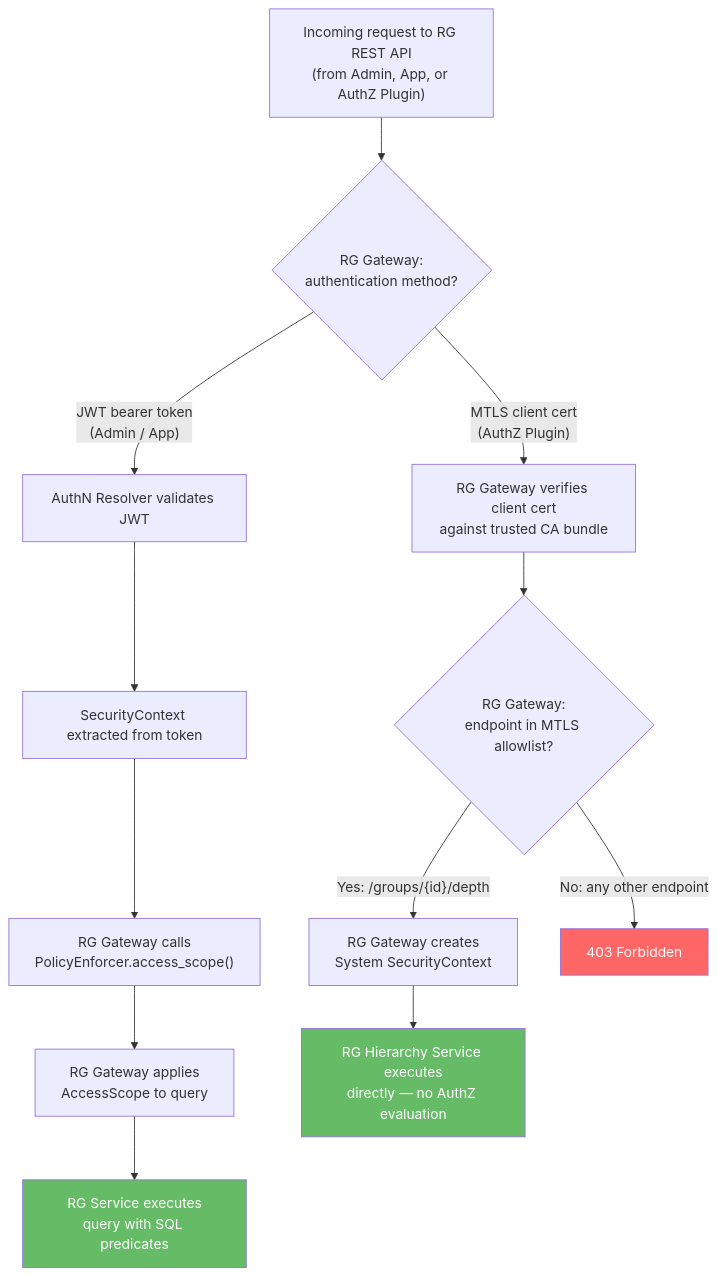
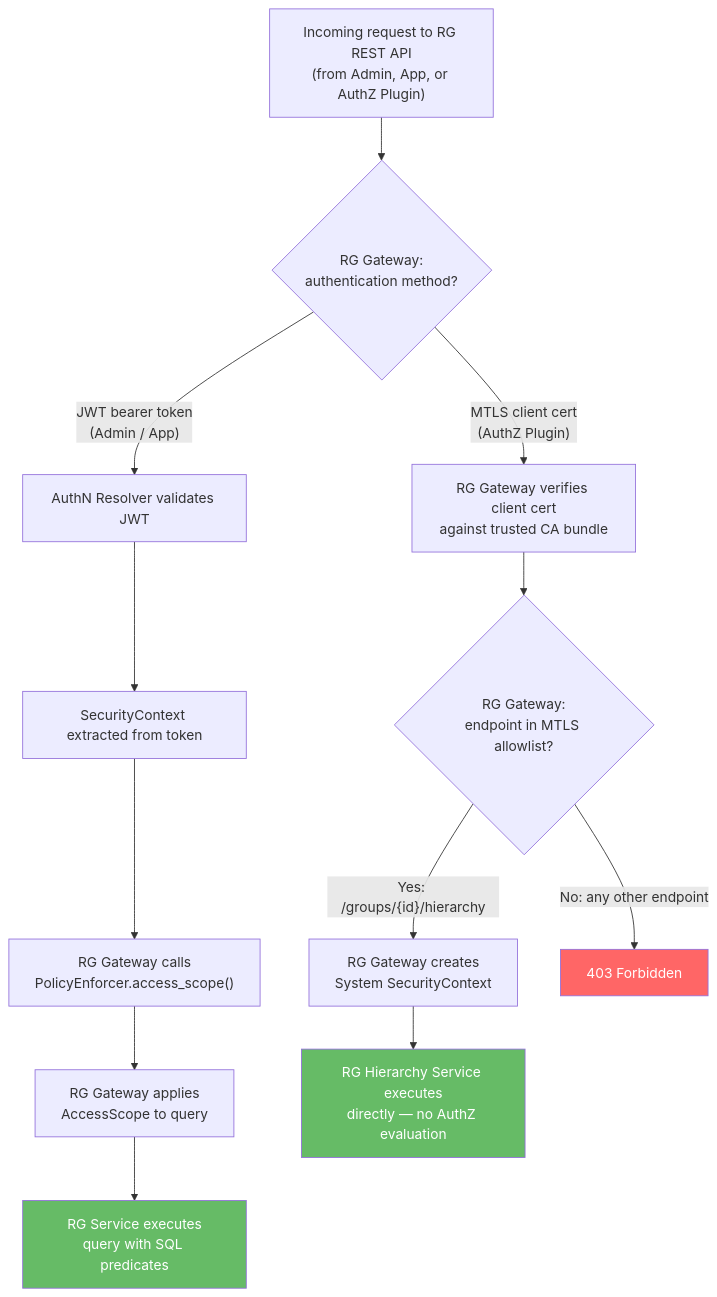
One commit to ffedoroff/cyberfabric-core changed the sixth of 8 diagrams in modules/system/resource-group/docs/DESIGN.md. Above: the diagram before and after it, drawn with Mermaid. The commit also changed other lines of this file and 2 other files, not shown here.

Commit message:
hierarchy

````diff
--- a/modules/system/resource-group/docs/DESIGN.md
+++ b/modules/system/resource-group/docs/DESIGN.md
@@ -1105,20 +1105,20 @@
 ```mermaid
 flowchart TD
     REQ["Incoming request to RG REST API<br/>(from Admin, App, or AuthZ Plugin)"] --> AUTH_CHECK{RG Gateway:<br/>authentication method?}
 
     AUTH_CHECK -->|"JWT bearer token<br/>(Admin / App)"| JWT_PATH[AuthN Resolver validates JWT]
     JWT_PATH --> SEC_CTX[SecurityContext extracted from token]
     SEC_CTX --> AUTHZ["RG Gateway calls<br/>PolicyEnforcer.access_scope()"]
     AUTHZ --> CONSTRAINTS[RG Gateway applies<br/>AccessScope to query]
     CONSTRAINTS --> EXEC["RG Service executes<br/>query with SQL predicates"]
 
     AUTH_CHECK -->|"MTLS client cert<br/>(AuthZ Plugin)"| MTLS_PATH["RG Gateway verifies client cert<br/>against trusted CA bundle"]
     MTLS_PATH --> ENDPOINT_CHECK{RG Gateway:<br/>endpoint in MTLS allowlist?}
-    ENDPOINT_CHECK -->|"Yes: /groups/{id}/depth"| SYSTEM_CTX["RG Gateway creates<br/>System SecurityContext"]
+    ENDPOINT_CHECK -->|"Yes: /groups/{id}/hierarchy"| SYSTEM_CTX["RG Gateway creates<br/>System SecurityContext"]
     SYSTEM_CTX --> EXEC_DIRECT["RG Hierarchy Service executes<br/>directly — no AuthZ evaluation"]
     ENDPOINT_CHECK -->|No: any other endpoint| REJECT[403 Forbidden]
 
     style REJECT fill:#f66,color:#fff
     style EXEC_DIRECT fill:#6b6,color:#fff
     style EXEC fill:#6b6,color:#fff
 ```
````
